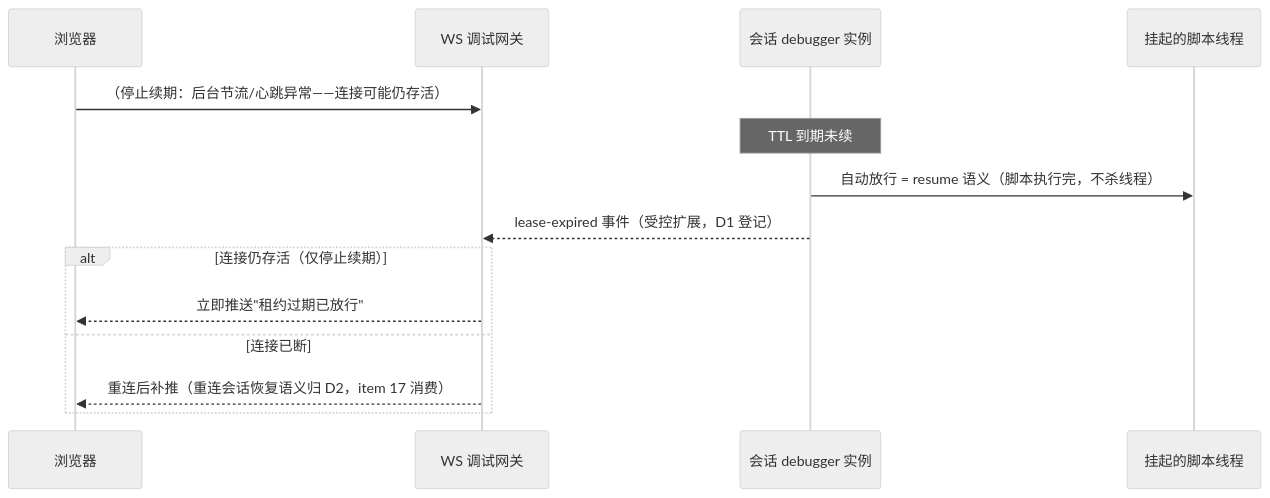
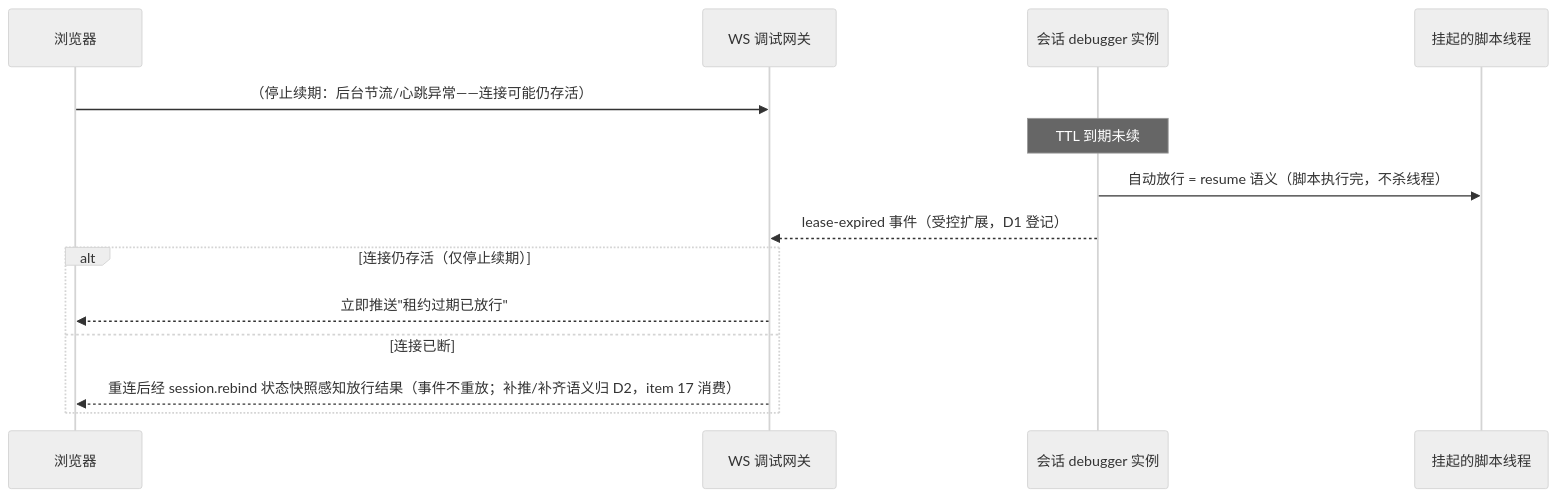
Before and after one commit to entropy-cloud/nop-entropy: the third of 3 diagrams in ai-dev/design/xlang-web-debugger/00-overview.md, drawn with Mermaid (neutral theme). The commit also changed 5 other files, not shown here.

First line of the commit message:
docs(xdbg): D1 WS 调试协议详设收口（roadmap item 2，plan 2461）

````diff
--- a/ai-dev/design/xlang-web-debugger/00-overview.md
+++ b/ai-dev/design/xlang-web-debugger/00-overview.md
@@ -118,17 +118,17 @@
 ```mermaid
 sequenceDiagram
     participant FE as 浏览器
     participant GW as WS 调试网关
     participant DBG as 会话 debugger 实例
     participant REQ as 挂起的脚本线程
 
     FE->>GW: （停止续期：后台节流/心跳异常——连接可能仍存活）
     Note over DBG: TTL 到期未续
     DBG->>REQ: 自动放行 = resume 语义（脚本执行完，不杀线程）
     DBG-->>GW: lease-expired 事件（受控扩展，D1 登记）
     alt 连接仍存活（仅停止续期）
         GW-->>FE: 立即推送"租约过期已放行"
     else 连接已断
-        GW-->>FE: 重连后补推（重连会话恢复语义归 D2，item 17 消费）
+        GW-->>FE: 重连后经 session.rebind 状态快照感知放行结果（事件不重放；补推/补齐语义归 D2，item 17 消费）
     end
 ```
````
